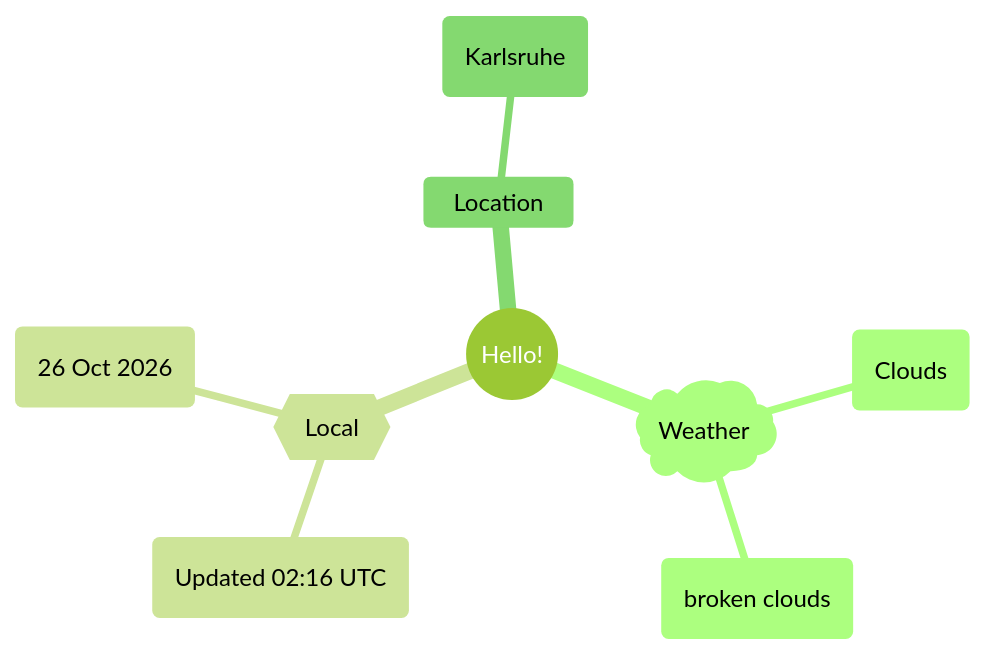
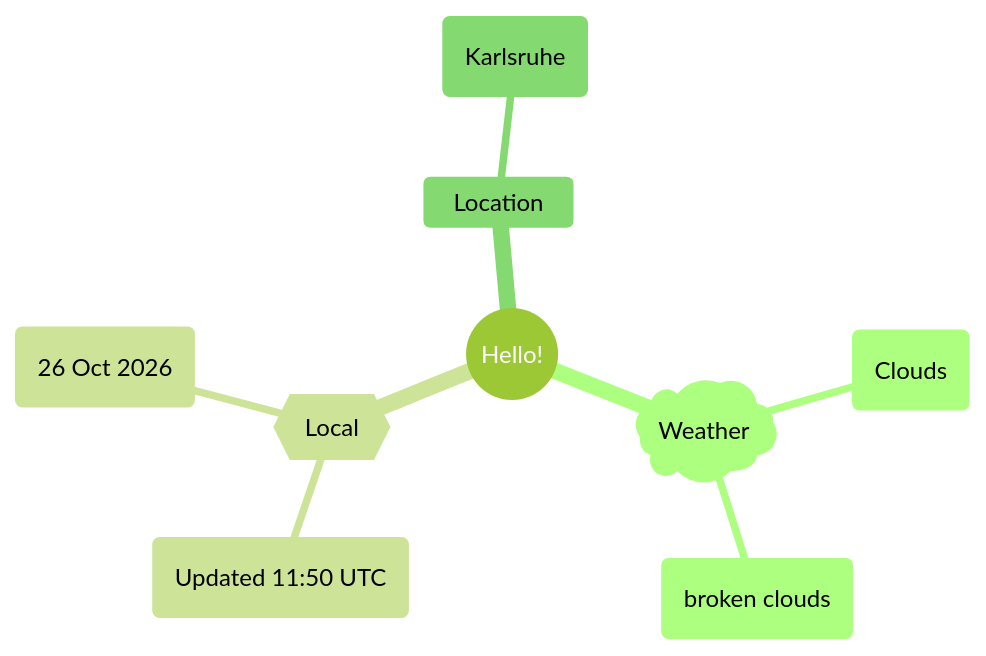
The first of 2 diagrams in README.md (Xosrov/Xosrov), drawn with Mermaid (forest theme) before and after one commit.

Commit message:
[bot] updated images

````diff
--- a/README.md
+++ b/README.md
@@ -3,12 +3,12 @@
 ```mermaid
 mindmap
   root((Hello!))
     )Weather(
         (Clouds)
         (broken clouds)
     {{Local}}
-        (Updated 02:16 UTC)
+        (Updated 11:50 UTC)
         (26 Oct 2026)
     Location
         (Karlsruhe)
 ```
````
